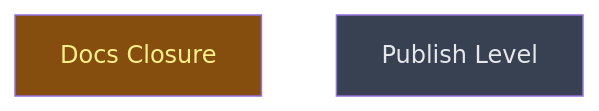
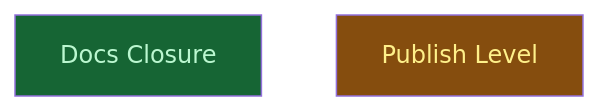
Before and after one commit to LittleCoinCoin/sift: the diagram in __roadmap__/update-flow-hardening/next/next/README.md, drawn with Mermaid. The commit also changed other lines of this file and 1 other file, not shown here.

Commit message:
rdm(update-flow-hardening): close level 3 and start the publish cycle
CONTRIBUTING, README and the report index now describe the gates, the
release flow and the update behaviour that exist. The README build
instruction was checked: with the override, a build without the
signing key succeeds; without it, the build fails. What remains is
outward-facing and gated by the user step by step.

````diff
--- a/__roadmap__/update-flow-hardening/next/next/README.md
+++ b/__roadmap__/update-flow-hardening/next/next/README.md
@@ -20,10 +20,10 @@
 ```mermaid
 graph TD
-    docs_closure[Docs Closure]:::inprogress
-    next[Publish Level]:::planned
+    docs_closure[Docs Closure]:::done
+    next[Publish Level]:::inprogress
     classDef done       fill:#166534,color:#bbf7d0
     classDef inprogress fill:#854d0e,color:#fef08a
     classDef planned    fill:#374151,color:#e5e7eb
     classDef amendment  fill:#1e3a5f,color:#bfdbfe
     classDef blocked    fill:#7f1d1d,color:#fecaca
 ```
````
